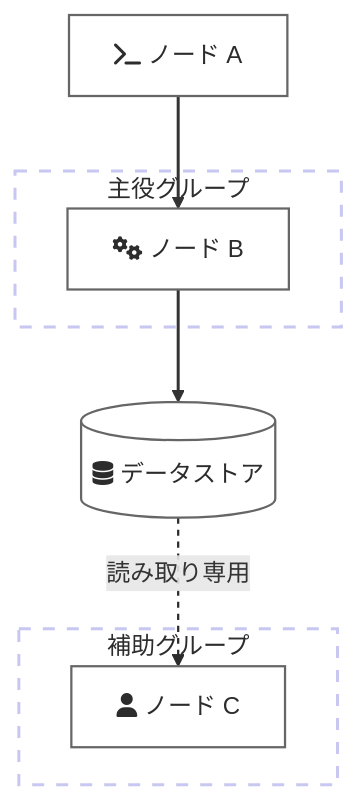
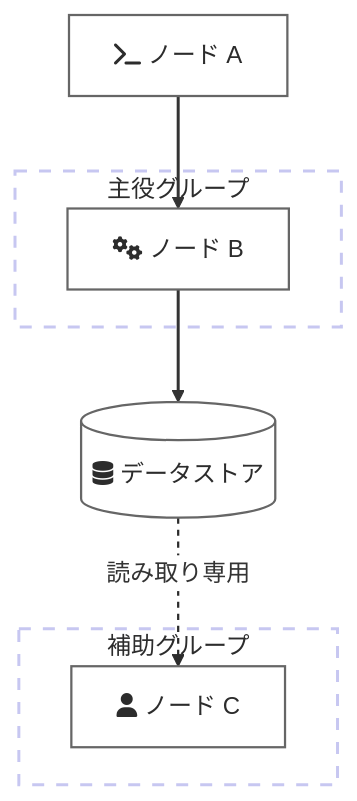
The first of 3 diagrams in skills/claude/gospelo-mermaid-plus/references/color-scheme.md (gospelo-dev/mermaid-plus), drawn with Mermaid before and after one commit. The commit also changed other lines of this file and 7 other files, not shown here.

First line of the commit message:
feat(mermaid-plus): white label backgrounds in themed flowcharts

````diff
--- a/skills/claude/gospelo-mermaid-plus/references/color-scheme.md
+++ b/skills/claude/gospelo-mermaid-plus/references/color-scheme.md
@@ -129,29 +151,31 @@
 ```mermaid
 ---
 config:
+  themeVariables:
+    edgeLabelBackground: '#FFFFFF'
   elk:
     lineHops: false
 ---
 flowchart TB
     A["fa:fa-terminal ノード A"]
     subgraph Main["主役グループ"]
         B["fa:fa-gears ノード B"]
     end
     subgraph Sub["補助グループ"]
         C["fa:fa-user ノード C"]
     end
     DB[("fa:fa-database データストア")]
 
     A --> B
     B --> DB
     DB -.->|読み取り専用| C
 
     classDef node fill:#FFFFFF,stroke:#666666,stroke-width:1.5px,color:#2C2C2C
     class A,B,C,DB node
     style Main fill:none,stroke:#C7C7F1,stroke-width:2px,stroke-dasharray:8 8,color:#2C2C2C
     style Sub fill:none,stroke:#C7C7F1,stroke-width:2px,stroke-dasharray:8 8,color:#2C2C2C
 
     %% normal flow = solid / non-destructive = dashed
     linkStyle 0,1 stroke:#333333,stroke-width:2px
     linkStyle 2 stroke:#2C2C2C,stroke-width:1.5px,stroke-dasharray:4 4
 ```
````
